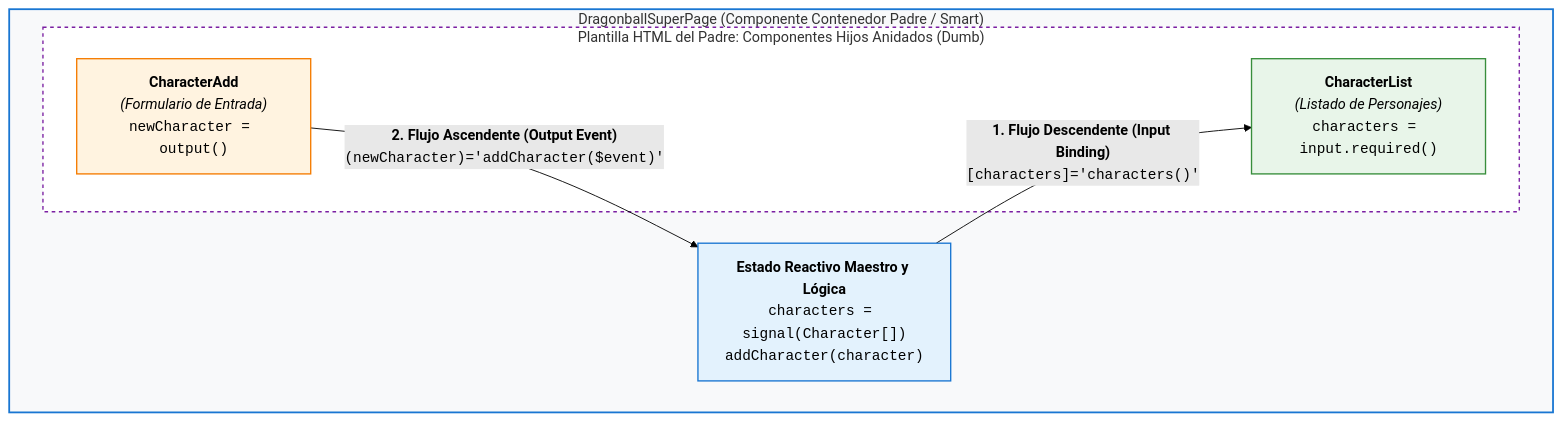
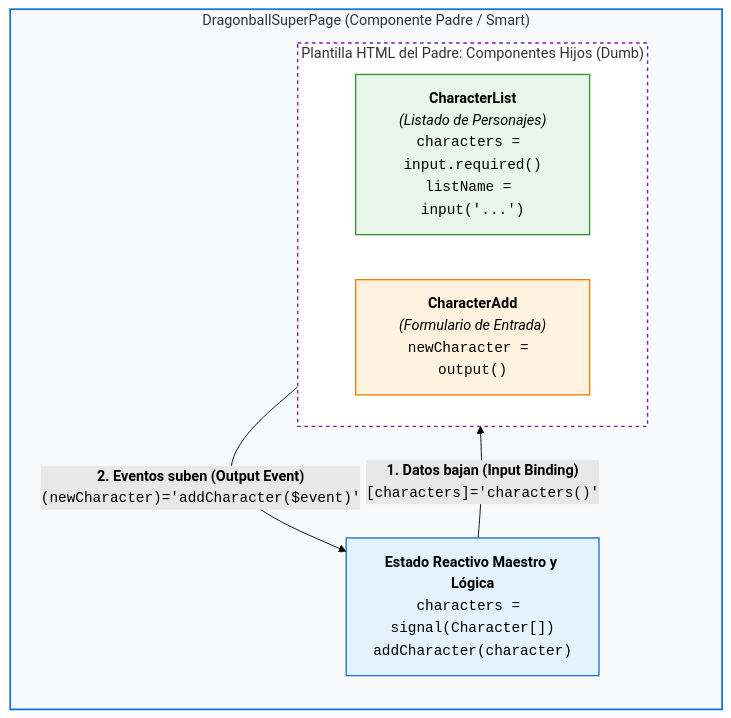
Before and after one commit to Jose-Quesada/materiales_angular: the second of 6 diagrams in docs/05-expandir-bases.md, drawn with Mermaid (forest theme). The commit also changed other lines of this file and 54 other files, not shown here.

Commit message:
actualizado punto 5 input output

````diff
--- a/docs/05-expandir-bases.md
+++ b/docs/05-expandir-bases.md
@@ -884,21 +888,23 @@
 ```mermaid
 flowchart TD
-    subgraph Padre ["DragonballSuperPage (Componente Contenedor Padre / Smart)"]
+    subgraph Padre ["DragonballSuperPage (Componente Padre / Smart)"]
+        direction TB
         Estado["<b>Estado Reactivo Maestro y Lógica</b><br/><code>characters = signal(Character[])</code><br/><code>addCharacter(character)</code>"]
 
-        subgraph Plantilla ["Plantilla HTML del Padre: Componentes Hijos Anidados (Dumb)"]
+        subgraph Hijos ["Plantilla HTML del Padre: Componentes Hijos (Dumb)"]
+            direction LR
+            Lista["<b>CharacterList</b><br/><i>(Listado de Personajes)</i><br/><code>characters = input.required()</code><br/><code>listName = input('...')</code>"]
             Add["<b>CharacterAdd</b><br/><i>(Formulario de Entrada)</i><br/><code>newCharacter = output()</code>"]
-            Lista["<b>CharacterList</b><br/><i>(Listado de Personajes)</i><br/><code>characters = input.required()</code>"]
-            Add ~~~ Lista
         end
 
-        Add -->|"<b>2. Flujo Ascendente (Output Event)</b><br/><code>(newCharacter)='addCharacter($event)'</code>"| Estado
-        Estado -->|"<b>1. Flujo Descendente (Input Binding)</b><br/><code>[characters]='characters()'</code>"| Lista
+        Estado -->|"<b>1. Datos bajan (Input Binding)</b><br/><code>[characters]='characters()'</code>"| Lista
+        Estado ~~~ Add
+        Add -->|"<b>2. Eventos suben (Output Event)</b><br/><code>(newCharacter)='addCharacter($event)'</code>"| Estado
     end
 
     style Padre fill:#f8f9fa,stroke:#1976d2,stroke-width:2px
     style Estado fill:#e3f2fd,stroke:#1976d2,stroke-width:1.5px
-    style Plantilla fill:#ffffff,stroke:#7b1fa2,stroke-width:1.5px,stroke-dasharray: 4 4
+    style Hijos fill:#ffffff,stroke:#7b1fa2,stroke-width:1.5px,stroke-dasharray: 4 4
+    style Lista fill:#e8f5e9,stroke:#388e3c,stroke-width:1.5px
     style Add fill:#fff3e0,stroke:#f57c00,stroke-width:1.5px
-    style Lista fill:#e8f5e9,stroke:#388e3c,stroke-width:1.5px
 ```
````
